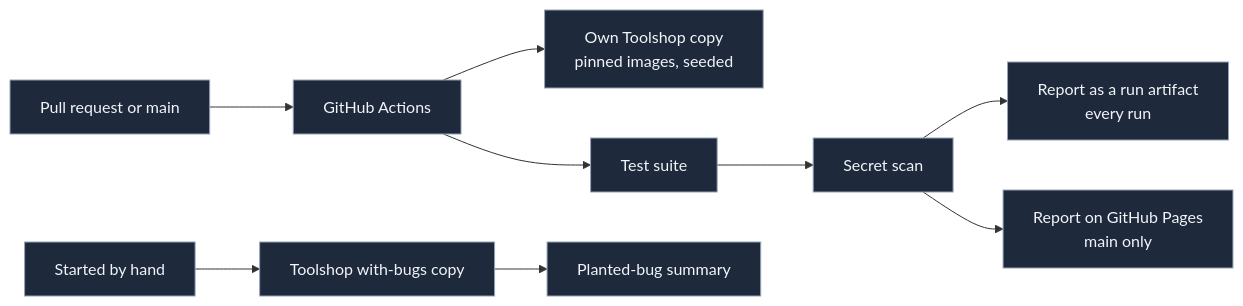
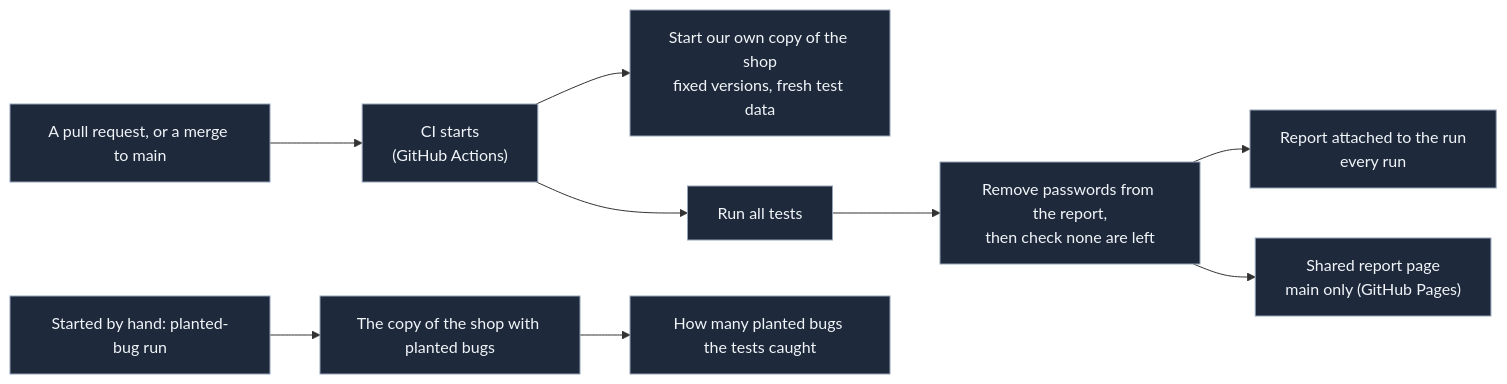
Before and after one commit to rahulsharma-qe/playwright-qa-agent: the third of 3 diagrams in docs/architecture.md, drawn with Mermaid. The commit also changed other lines of this file and 1 other file, not shown here.

Commit message:
Diagrams in plain words: each box says what it does, code names in brackets

````diff
--- a/docs/architecture.md
+++ b/docs/architecture.md
@@ -58,11 +57,10 @@
 ```mermaid
 flowchart LR
-  PR["Pull request or main"] --> GA["GitHub Actions"] --> OWN["Own Toolshop copy<br/>pinned images, seeded"]
-  GA --> SU["Test suite"] --> SCAN["Secret scan"]
-  SCAN --> ART["Report as a run artifact<br/>every run"]
-  SCAN --> PG["Report on GitHub Pages<br/>main only"]
-  MAN["Started by hand"] --> WB["Toolshop with-bugs copy"] --> SUM["Planted-bug summary"]
+  PR["A pull request, or a merge to main"] --> GA["CI starts<br/>(GitHub Actions)"] --> OWN["Start our own copy of the shop<br/>fixed versions, fresh test data"]
+  GA --> SU["Run all tests"] --> SCAN["Remove passwords from the report,<br/>then check none are left"]
+  SCAN --> ART["Report attached to the run<br/>every run"]
+  SCAN --> PG["Shared report page<br/>main only (GitHub Pages)"]
+  MAN["Started by hand: planted-bug run"] --> WB["The copy of the shop with planted bugs"] --> SUM["How many planted bugs the tests caught"]
   classDef box fill:#1e293b,stroke:#94a3b8,color:#f1f5f9
-  classDef later fill:#1e293b,stroke:#94a3b8,color:#cbd5e1,stroke-dasharray: 5 5
   class PR,GA,OWN,SU,SCAN,ART,PG,MAN,WB,SUM box
 ```
````
